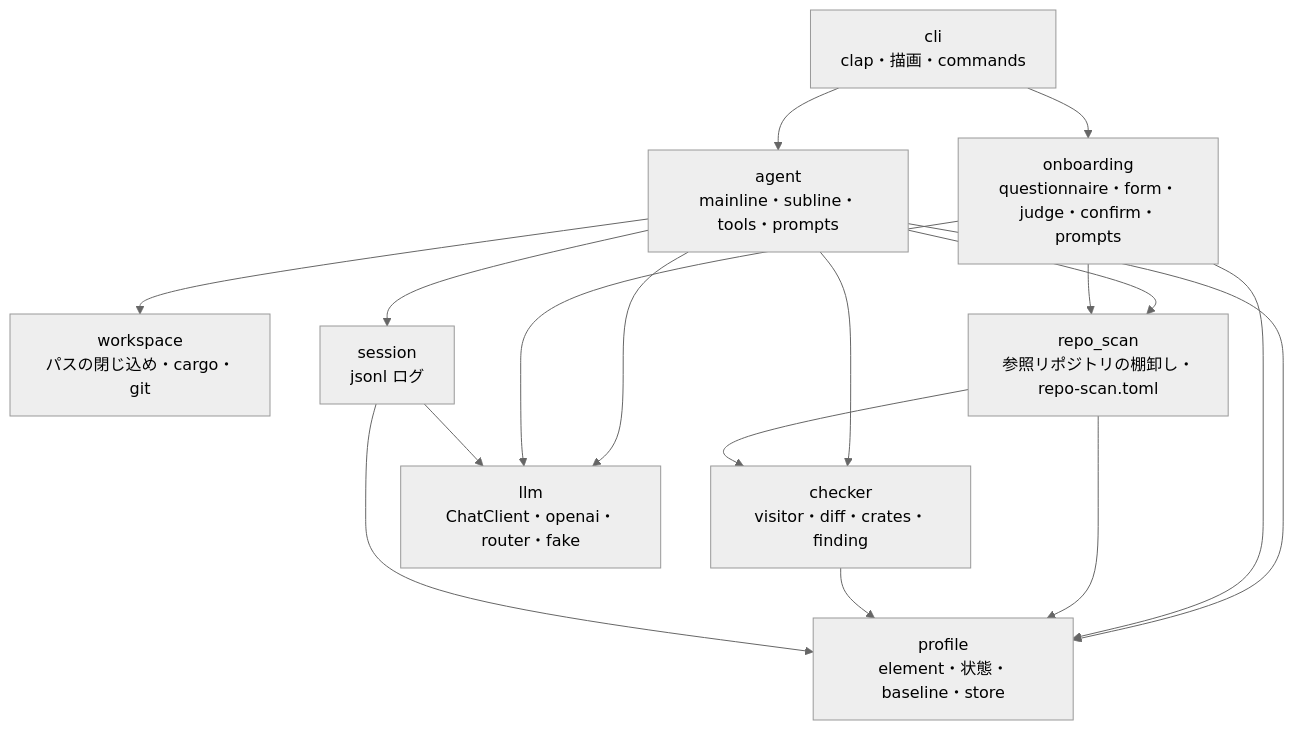
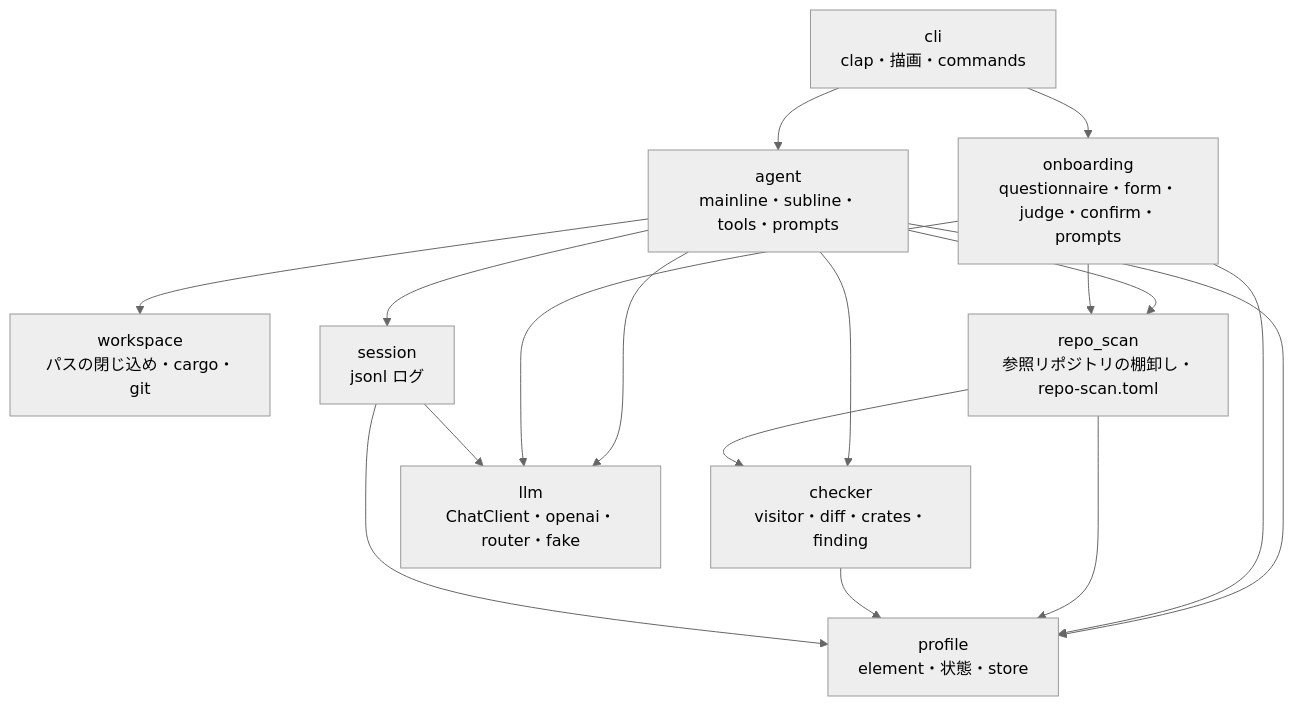
Before and after one commit to sumiredc/molt: the seventh of 9 diagrams in PRD.ja.md, drawn with Mermaid (neutral theme). The commit also changed other lines of this file and 1 other file, not shown here.

````diff
--- a/PRD.ja.md
+++ b/PRD.ja.md
@@ -321,19 +323,19 @@
 ```mermaid
 flowchart TB
   cli["cli<br/>clap・描画・commands"] --> agent["agent<br/>mainline・subline・tools・prompts"]
   cli --> onboarding["onboarding<br/>questionnaire・form・judge・confirm・prompts"]
   agent --> workspace["workspace<br/>パスの閉じ込め・cargo・git"]
   agent --> checker["checker<br/>visitor・diff・crates・finding"]
   agent --> llm["llm<br/>ChatClient・openai・router・fake"]
-  agent --> profile["profile<br/>element・状態・baseline・store"]
+  agent --> profile["profile<br/>element・状態・store"]
   agent --> session["session<br/>jsonl ログ"]
   agent --> repo_scan["repo_scan<br/>参照リポジトリの棚卸し・repo-scan.toml"]
   onboarding --> llm
   onboarding --> profile
   onboarding --> repo_scan
   repo_scan --> checker
   repo_scan --> profile
   checker --> profile
   session --> llm
   session --> profile
 ```
````
